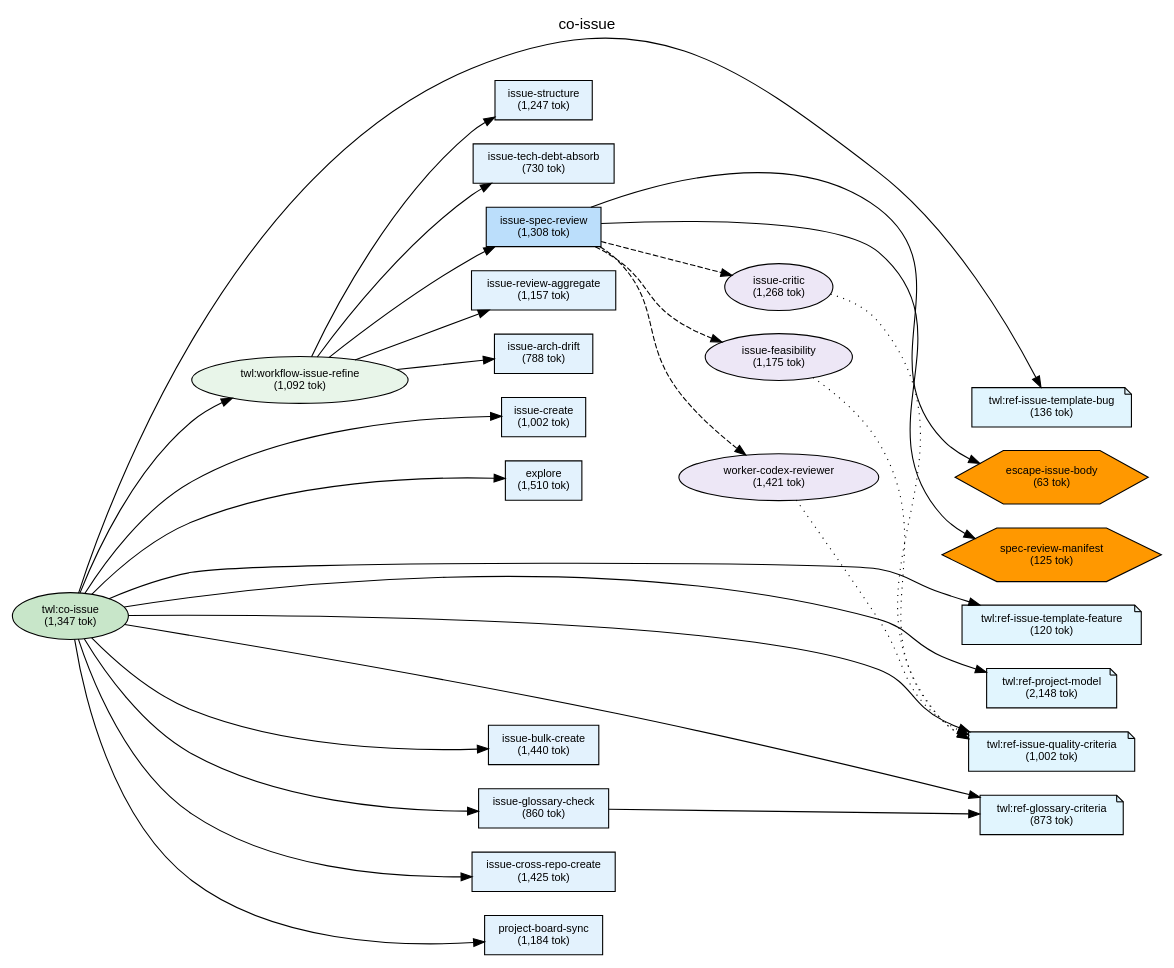
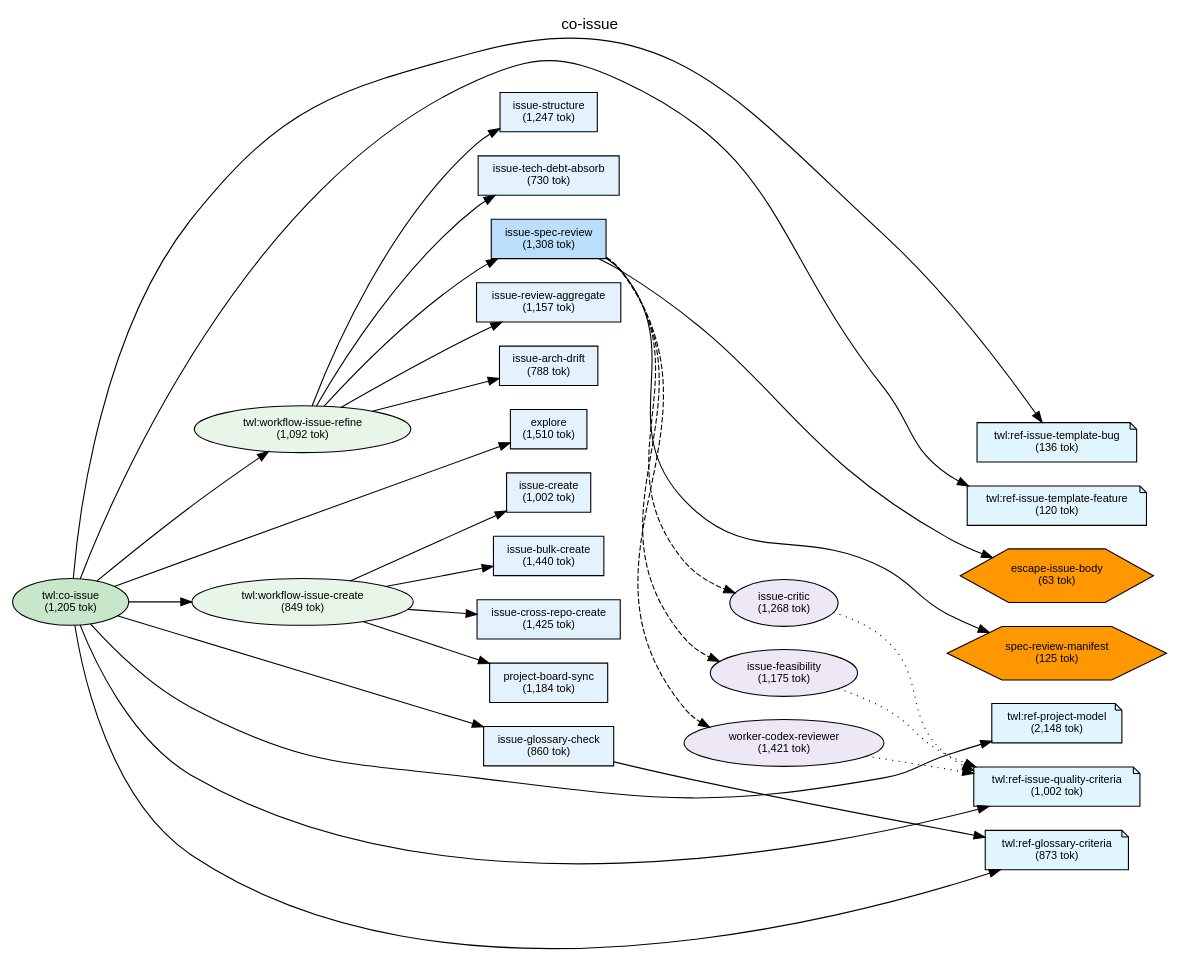
The diagram in plugins/twl/docs/deps-co-issue.dot (shuu5/twill), drawn with Graphviz before and after one commit. The commit also changed 11 other files, not shown here.

First line of the commit message:
feat(twl): co-issue Phase 4 を workflow-issue-create に分離 (#204)

```diff
--- a/plugins/twl/docs/deps-co-issue.dot
+++ b/plugins/twl/docs/deps-co-issue.dot
@@ -1,111 +1,113 @@
 digraph Dependencies {
     // Graph settings
     rankdir=LR;
     ranksep=0.8;
     nodesep=0.3;
     fontname="Helvetica";
     node [fontname="Helvetica", fontsize=10];
     edge [fontname="Helvetica", fontsize=9];
     label="co-issue";
     labelloc=t;
     fontsize=14;
 
     // L0: Controller Skills
-    skill_co_issue [label="twl:co-issue\n(1,347 tok)", shape=ellipse, style=filled, fillcolor="#c8e6c9"];
+    skill_co_issue [label="twl:co-issue\n(1,205 tok)", shape=ellipse, style=filled, fillcolor="#c8e6c9"];
 
     // L0: Launchers
 
     // L0.5: Workflow Skills
     skill_workflow_issue_refine [label="twl:workflow-issue-refine\n(1,092 tok)", shape=ellipse, style=filled, fillcolor="#e8f5e9"];
+    skill_workflow_issue_create [label="twl:workflow-issue-create\n(849 tok)", shape=ellipse, style=filled, fillcolor="#e8f5e9"];
 
     // Reference Skills
     skill_ref_issue_template_bug [label="twl:ref-issue-template-bug\n(136 tok)", shape=note, style=filled, fillcolor="#e1f5fe"];
     skill_ref_issue_template_feature [label="twl:ref-issue-template-feature\n(120 tok)", shape=note, style=filled, fillcolor="#e1f5fe"];
     skill_ref_project_model [label="twl:ref-project-model\n(2,148 tok)", shape=note, style=filled, fillcolor="#e1f5fe"];
     skill_ref_issue_quality_criteria [label="twl:ref-issue-quality-criteria\n(1,002 tok)", shape=note, style=filled, fillcolor="#e1f5fe"];
     skill_ref_glossary_criteria [label="twl:ref-glossary-criteria\n(873 tok)", shape=note, style=filled, fillcolor="#e1f5fe"];
 
     // L1: Direct Commands
     cmd_issue_structure [label="issue-structure\n(1,247 tok)", shape=box, style=filled, fillcolor="#e3f2fd"];
     cmd_issue_create [label="issue-create\n(1,002 tok)", shape=box, style=filled, fillcolor="#e3f2fd"];
     cmd_issue_bulk_create [label="issue-bulk-create\n(1,440 tok)", shape=box, style=filled, fillcolor="#e3f2fd"];
     cmd_issue_tech_debt_absorb [label="issue-tech-debt-absorb\n(730 tok)", shape=box, style=filled, fillcolor="#e3f2fd"];
     cmd_issue_spec_review [label="issue-spec-review\n(1,308 tok)", shape=box, style=filled, fillcolor="#bbdefb"];
     cmd_issue_review_aggregate [label="issue-review-aggregate\n(1,157 tok)", shape=box, style=filled, fillcolor="#e3f2fd"];
     cmd_issue_glossary_check [label="issue-glossary-check\n(860 tok)", shape=box, style=filled, fillcolor="#e3f2fd"];
     cmd_issue_arch_drift [label="issue-arch-drift\n(788 tok)", shape=box, style=filled, fillcolor="#e3f2fd"];
     cmd_issue_cross_repo_create [label="issue-cross-repo-create\n(1,425 tok)", shape=box, style=filled, fillcolor="#e3f2fd"];
     cmd_project_board_sync [label="project-board-sync\n(1,184 tok)", shape=box, style=filled, fillcolor="#e3f2fd"];
     cmd_explore [label="explore\n(1,510 tok)", shape=box, style=filled, fillcolor="#e3f2fd"];
 
     // L2: Sub Commands
 
     // L3: Agents
     agent_issue_critic [label="issue-critic\n(1,268 tok)", shape=ellipse, style=filled, fillcolor="#ede7f6"];
     agent_issue_feasibility [label="issue-feasibility\n(1,175 tok)", shape=ellipse, style=filled, fillcolor="#ede7f6"];
     agent_worker_codex_reviewer [label="worker-codex-reviewer\n(1,421 tok)", shape=ellipse, style=filled, fillcolor="#ede7f6"];
 
     // L3.5: Scripts
     script_escape_issue_body [label="escape-issue-body\n(63 tok)", shape=hexagon, style=filled, fillcolor="#FF9800"];
     script_spec_review_manifest [label="spec-review-manifest\n(125 tok)", shape=hexagon, style=filled, fillcolor="#FF9800"];
 
     // L4: External
 
     // Layer constraints
     { rank=same; skill_co_issue; }
-    { rank=same; skill_workflow_issue_refine; }
+    { rank=same; skill_workflow_issue_refine; skill_workflow_issue_create; }
     { rank=same; skill_ref_issue_template_bug; skill_ref_issue_template_feature; skill_ref_project_model; skill_ref_issue_quality_criteria; skill_ref_glossary_criteria; }
     { rank=same; cmd_issue_structure; cmd_issue_create; cmd_issue_bulk_create; cmd_issue_tech_debt_absorb; cmd_issue_spec_review; cmd_issue_review_aggregate; cmd_issue_glossary_check; cmd_issue_arch_drift; cmd_issue_cross_repo_create; cmd_project_board_sync; cmd_explore; }
     { rank=same; agent_issue_critic; agent_issue_feasibility; agent_worker_codex_reviewer; }
     { rank=same; script_escape_issue_body; script_spec_review_manifest; }
 
     // Edges
     skill_co_issue -> cmd_explore;
     skill_co_issue -> skill_workflow_issue_refine;
-    skill_co_issue -> cmd_issue_create;
-    skill_co_issue -> cmd_issue_bulk_create;
+    skill_co_issue -> skill_workflow_issue_create;
     skill_co_issue -> cmd_issue_glossary_check;
-    skill_co_issue -> cmd_issue_cross_repo_create;
-    skill_co_issue -> cmd_project_board_sync;
     skill_co_issue -> skill_ref_issue_template_bug;
     skill_co_issue -> skill_ref_issue_template_feature;
     skill_co_issue -> skill_ref_project_model;
     skill_co_issue -> skill_ref_issue_quality_criteria;
     skill_co_issue -> skill_ref_glossary_criteria;
     skill_workflow_issue_refine -> cmd_issue_structure;
     skill_workflow_issue_refine -> cmd_issue_tech_debt_absorb;
     skill_workflow_issue_refine -> cmd_issue_spec_review;
     skill_workflow_issue_refine -> cmd_issue_review_aggregate;
     skill_workflow_issue_refine -> cmd_issue_arch_drift;
+    skill_workflow_issue_create -> cmd_issue_create;
+    skill_workflow_issue_create -> cmd_issue_bulk_create;
+    skill_workflow_issue_create -> cmd_issue_cross_repo_create;
+    skill_workflow_issue_create -> cmd_project_board_sync;
     cmd_issue_spec_review -> agent_issue_critic [style=dashed];
     cmd_issue_spec_review -> agent_issue_feasibility [style=dashed];
     cmd_issue_spec_review -> agent_worker_codex_reviewer [style=dashed];
     cmd_issue_spec_review -> script_escape_issue_body;
     cmd_issue_spec_review -> script_spec_review_manifest;
     cmd_issue_glossary_check -> skill_ref_glossary_criteria;
     agent_issue_critic -> skill_ref_issue_quality_criteria [style=dotted];
     agent_issue_feasibility -> skill_ref_issue_quality_criteria [style=dotted];
     agent_worker_codex_reviewer -> skill_ref_issue_quality_criteria [style=dotted];
 
     // Ordering constraints (invisible edges)
     cmd_explore -> skill_workflow_issue_refine [style=invis, weight=10];
-    skill_workflow_issue_refine -> cmd_issue_create [style=invis, weight=10];
-    cmd_issue_create -> cmd_issue_bulk_create [style=invis, weight=10];
-    cmd_issue_bulk_create -> cmd_issue_glossary_check [style=invis, weight=10];
-    cmd_issue_glossary_check -> cmd_issue_cross_repo_create [style=invis, weight=10];
-    cmd_issue_cross_repo_create -> cmd_project_board_sync [style=invis, weight=10];
-    cmd_project_board_sync -> skill_ref_issue_template_bug [style=invis, weight=10];
+    skill_workflow_issue_refine -> skill_workflow_issue_create [style=invis, weight=10];
+    skill_workflow_issue_create -> cmd_issue_glossary_check [style=invis, weight=10];
+    cmd_issue_glossary_check -> skill_ref_issue_template_bug [style=invis, weight=10];
     skill_ref_issue_template_bug -> skill_ref_issue_template_feature [style=invis, weight=10];
     skill_ref_issue_template_feature -> skill_ref_project_model [style=invis, weight=10];
     skill_ref_project_model -> skill_ref_issue_quality_criteria [style=invis, weight=10];
     skill_ref_issue_quality_criteria -> skill_ref_glossary_criteria [style=invis, weight=10];
     cmd_issue_structure -> cmd_issue_tech_debt_absorb [style=invis, weight=10];
     cmd_issue_tech_debt_absorb -> cmd_issue_spec_review [style=invis, weight=10];
     cmd_issue_spec_review -> cmd_issue_review_aggregate [style=invis, weight=10];
     cmd_issue_review_aggregate -> cmd_issue_arch_drift [style=invis, weight=10];
+    cmd_issue_create -> cmd_issue_bulk_create [style=invis, weight=10];
+    cmd_issue_bulk_create -> cmd_issue_cross_repo_create [style=invis, weight=10];
+    cmd_issue_cross_repo_create -> cmd_project_board_sync [style=invis, weight=10];
     agent_issue_critic -> agent_issue_feasibility [style=invis, weight=10];
     agent_issue_feasibility -> agent_worker_codex_reviewer [style=invis, weight=10];
     agent_worker_codex_reviewer -> script_escape_issue_body [style=invis, weight=10];
     script_escape_issue_body -> script_spec_review_manifest [style=invis, weight=10];
 
 }
```
